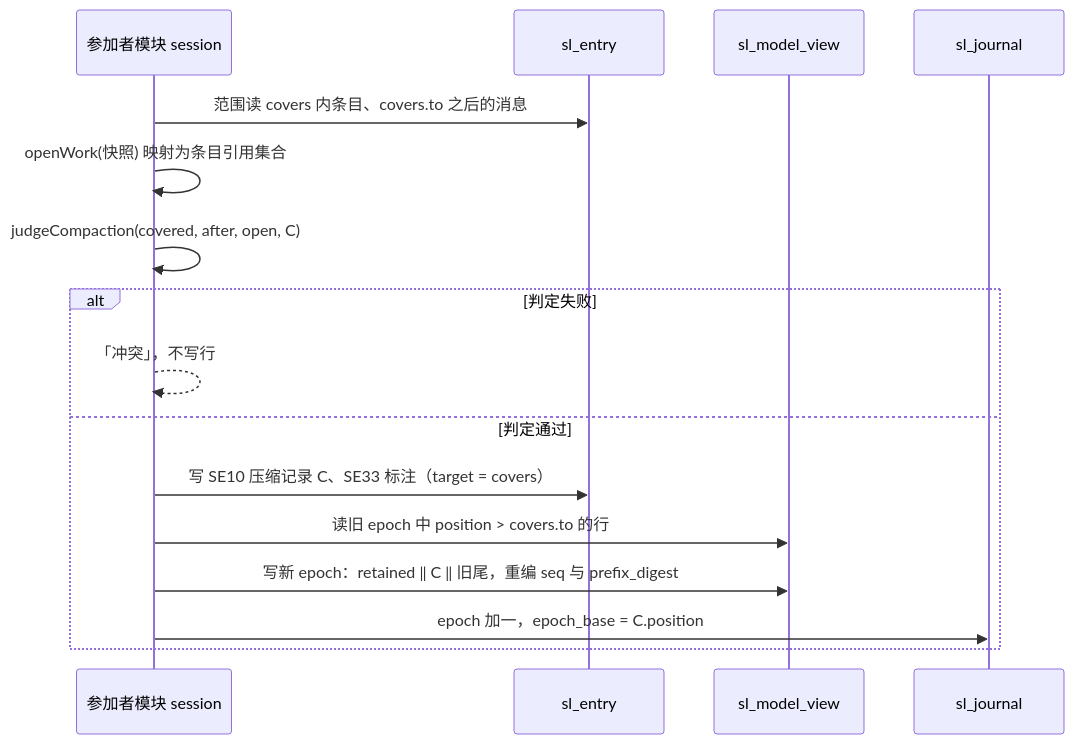
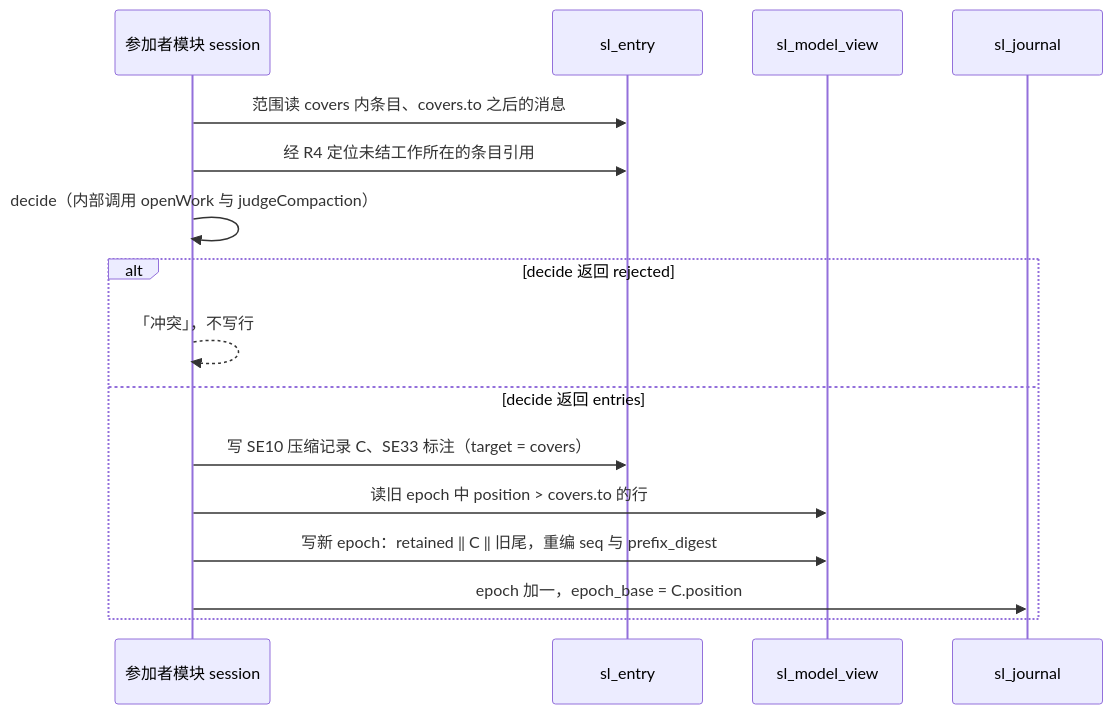
One commit to nemori-ai/omne-harness-lite changed the third of 5 diagrams in packages/session/session-storage-sql/docs/flows.md. Above: the diagram before and after it, drawn with Mermaid. The commit also changed other lines of this file and 5 other files, not shown here.

````diff
--- a/packages/session/session-storage-sql/docs/flows.md
+++ b/packages/session/session-storage-sql/docs/flows.md
@@ -88,18 +90,18 @@
 ```mermaid
 sequenceDiagram
     participant M as 参加者模块 session
     participant E as sl_entry
     participant V as sl_model_view
     participant J as sl_journal
     M->>E: 范围读 covers 内条目、covers.to 之后的消息
-    M->>M: openWork(快照) 映射为条目引用集合
-    M->>M: judgeCompaction(covered, after, open, C)
-    alt 判定失败
+    M->>E: 经 R4 定位未结工作所在的条目引用
+    M->>M: decide（内部调用 openWork 与 judgeCompaction）
+    alt decide 返回 rejected
         M-->>M: 「冲突」，不写行
-    else 判定通过
+    else decide 返回 entries
         M->>E: 写 SE10 压缩记录 C、SE33 标注（target = covers）
         M->>V: 读旧 epoch 中 position > covers.to 的行
         M->>V: 写新 epoch：retained ‖ C ‖ 旧尾，重编 seq 与 prefix_digest
         M->>J: epoch 加一，epoch_base = C.position
     end
 ```
````
